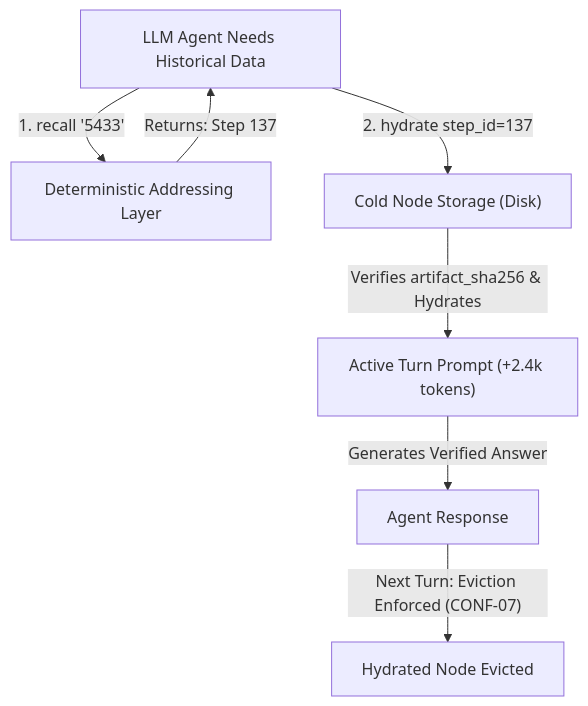
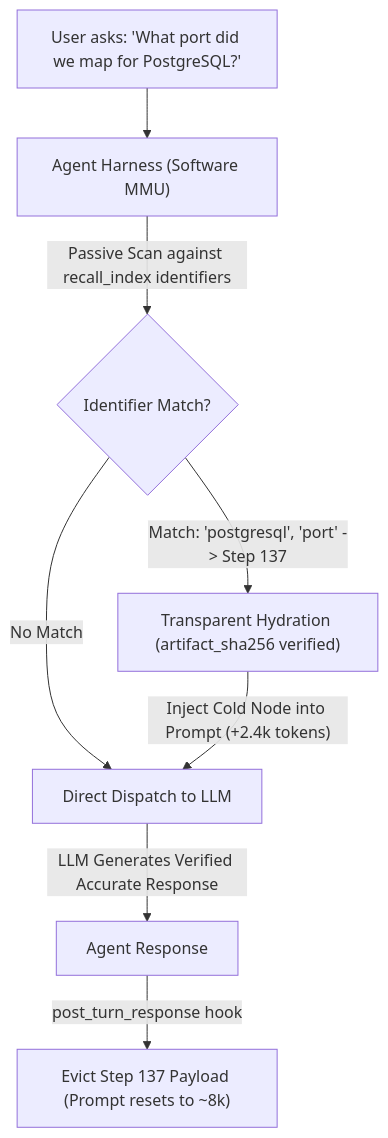
One commit to mrblackman/ContextFold changed the second of 2 diagrams in README.md. Above: the diagram before and after it, drawn with Mermaid. The commit also changed other lines of this file and 2 other files, not shown here.

Commit message:
[SPEC] IPCF-1.1.2: Add Runtime Assumptions, Software MMU push-based passive recall (CONF-13), deterministic scope clarity, keyword trade-offs

````diff
--- a/README.md
+++ b/README.md
@@ -134,9 +151,10 @@
 ```mermaid
 flowchart TD
-    LLM["LLM Agent Needs Historical Data"] -->|"1. recall '5433'"| IDX["Deterministic Addressing Layer"]
-    IDX -->|"Returns: Step 137"| LLM
-    LLM -->|"2. hydrate step_id=137"| STORAGE["Cold Node Storage (Disk)"]
-    STORAGE -->|"Verifies artifact_sha256 & Hydrates"| TURN["Active Turn Prompt (+2.4k tokens)"]
-    TURN -->|"Generates Verified Answer"| Out["Agent Response"]
-    Out -->|"Next Turn: Eviction Enforced (CONF-07)"| PURGE["Hydrated Node Evicted"]
+    USER["User asks: 'What port did we map for PostgreSQL?'"] --> HARNESS["Agent Harness (Software MMU)"]
+    HARNESS -->|"Passive Scan against recall_index identifiers"| MATCH{"Identifier Match?"}
+    MATCH -->|"Match: 'postgresql', 'port' -> Step 137"| HYDRATE["Transparent Hydration (artifact_sha256 verified)"]
+    MATCH -->|"No Match"| DISPATCH["Direct Dispatch to LLM"]
+    HYDRATE -->|"Inject Cold Node into Prompt (+2.4k tokens)"| DISPATCH
+    DISPATCH -->|"LLM Generates Verified Accurate Response"| OUT["Agent Response"]
+    OUT -->|"post_turn_response hook"| PURGE["Evict Step 137 Payload (Prompt resets to ~8k)"]
 ```
````
